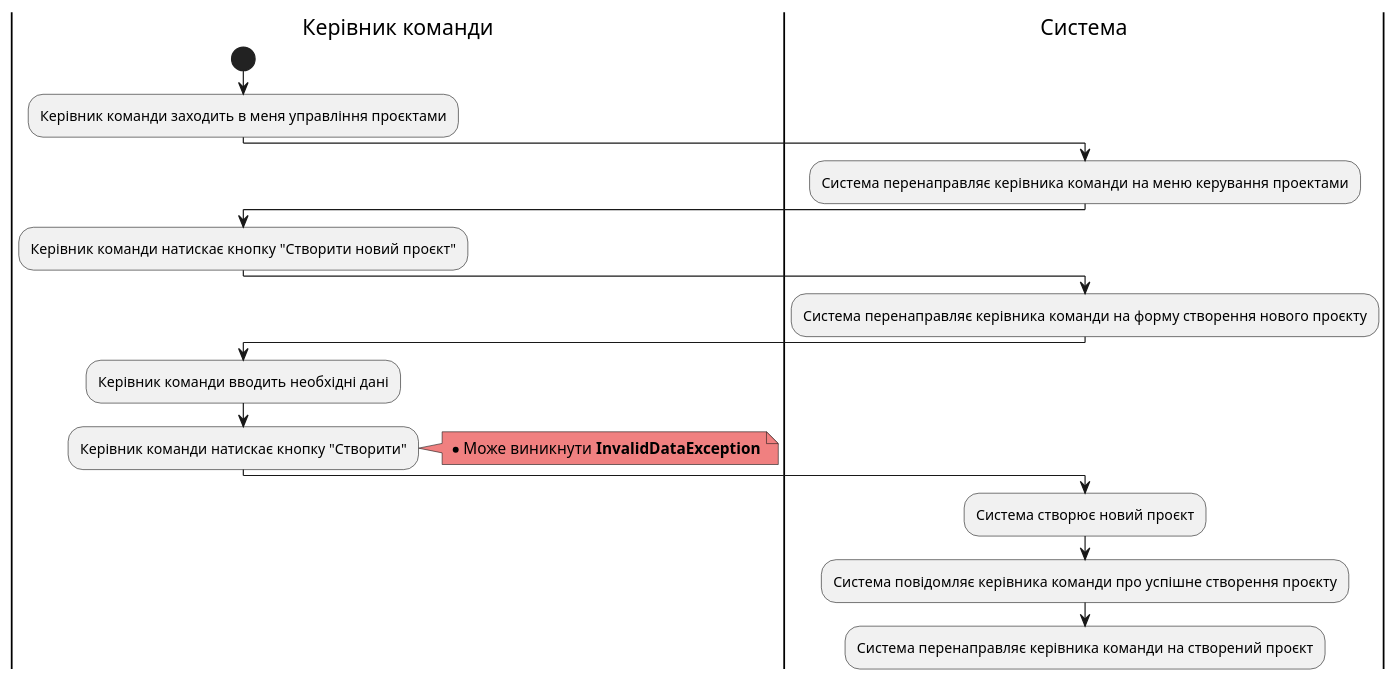
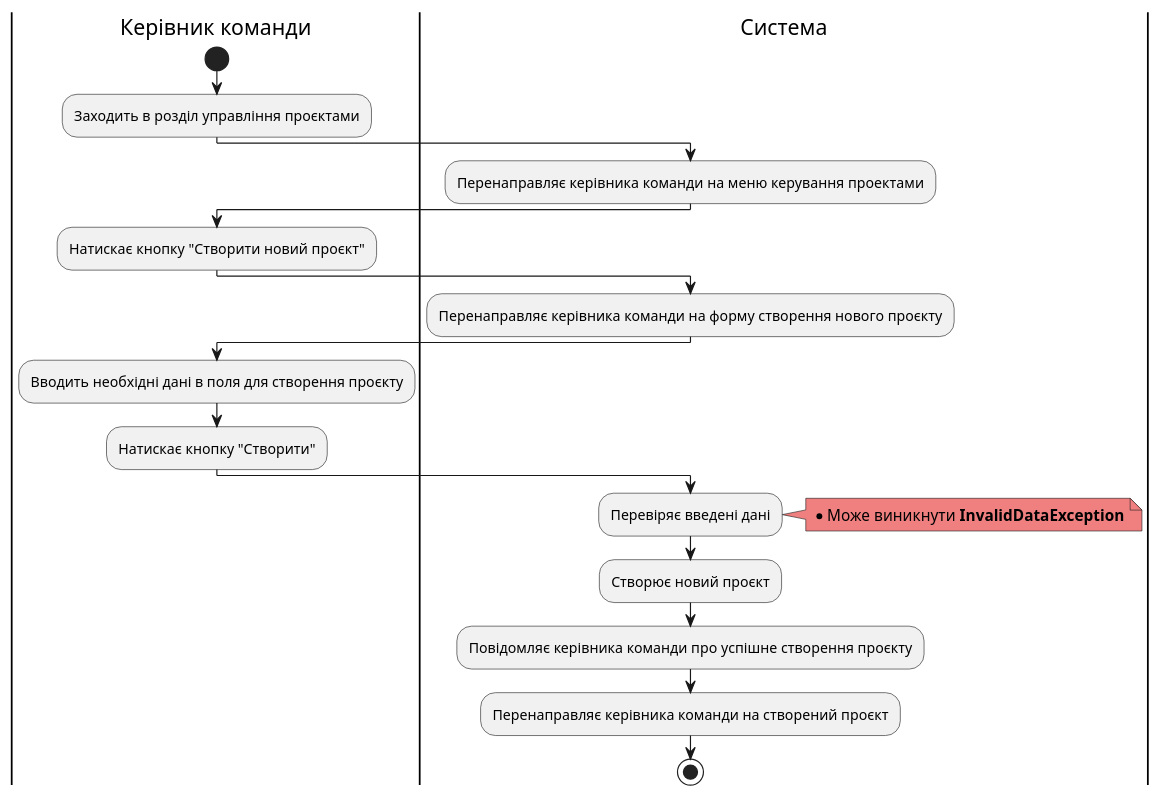
Before and after one commit to samoilenkomariia/db-coursework: the sixth of 11 diagrams in docs/use cases/README.md, drawn with PlantUML. The commit also changed other lines of this file, not shown here.

```diff
--- a/docs/use cases/README.md
+++ b/docs/use cases/README.md
@@ -229,23 +229,25 @@
 @startuml
 
     |Керівник команди|
     start
-    :Керівник команди заходить в меня управління проєктами;
+    :Заходить в розділ управління проєктами;
     |Система|
-    :Система перенаправляє керівника команди на меню керування проектами;
+    :Перенаправляє керівника команди на меню керування проектами;
     |Керівник команди|
-    :Керівник команди натискає кнопку "Створити новий проєкт";
+    :Натискає кнопку "Створити новий проєкт";
     |Система|
-    :Система перенаправляє керівника команди на форму створення нового проєкту;
+    :Перенаправляє керівника команди на форму створення нового проєкту;
     |Керівник команди|
-    :Керівник команди вводить необхідні дані;
-    :Керівник команди натискає кнопку "Створити";
+    :Вводить необхідні дані в поля для створення проєкту;
+    :Натискає кнопку "Створити";
+    |Система|
+    :Перевіряє введені дані;
     note right #lightcoral
         * Може виникнути <b>InvalidDataException</b>
     end note
-    |Система|
-    :Система створює новий проєкт;
-    :Система повідомляє керівника команди про успішне створення проєкту;
-    :Система перенаправляє керівника команди на створений проєкт;
+    :Створює новий проєкт;
+    :Повідомляє керівника команди про успішне створення проєкту;
+    :Перенаправляє керівника команди на створений проєкт;
+    stop
 
 @enduml
```
